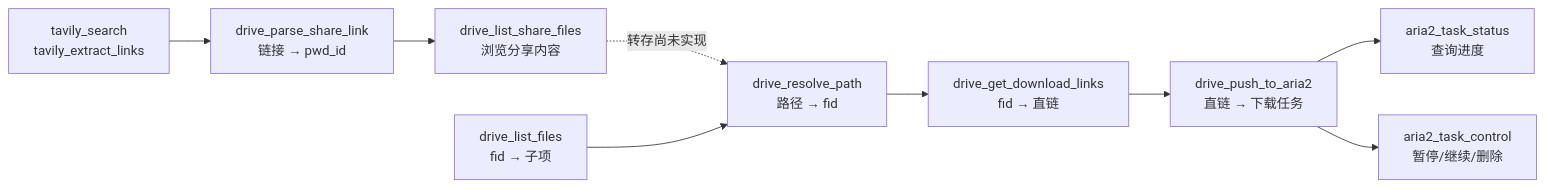
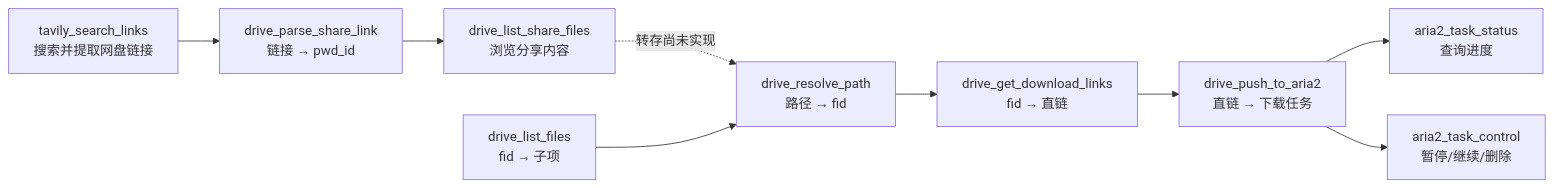
Before and after one commit to yoloseeyou/quark-drive-mcp: the first of 2 diagrams in README.md, drawn with Mermaid. The commit also changed other lines of this file and 4 other files, not shown here.

Commit message:
feat: add tavily_search_links combined tool with passcode capture and source tracking

````diff
--- a/README.md
+++ b/README.md
@@ -170,11 +171,11 @@
 ```mermaid
 flowchart LR
-    S[tavily_search<br/>tavily_extract_links] --> P[drive_parse_share_link<br/>链接 → pwd_id]
+    S[tavily_search_links<br/>搜索并提取网盘链接] --> P[drive_parse_share_link<br/>链接 → pwd_id]
     P --> L[drive_list_share_files<br/>浏览分享内容]
     L -.->|转存尚未实现| R[drive_resolve_path<br/>路径 → fid]
     F[drive_list_files<br/>fid → 子项] --> R
     R --> D[drive_get_download_links<br/>fid → 直链]
     D --> A[drive_push_to_aria2<br/>直链 → 下载任务]
     A --> T[aria2_task_status<br/>查询进度]
     A --> C[aria2_task_control<br/>暂停/继续/删除]
 ```
````
